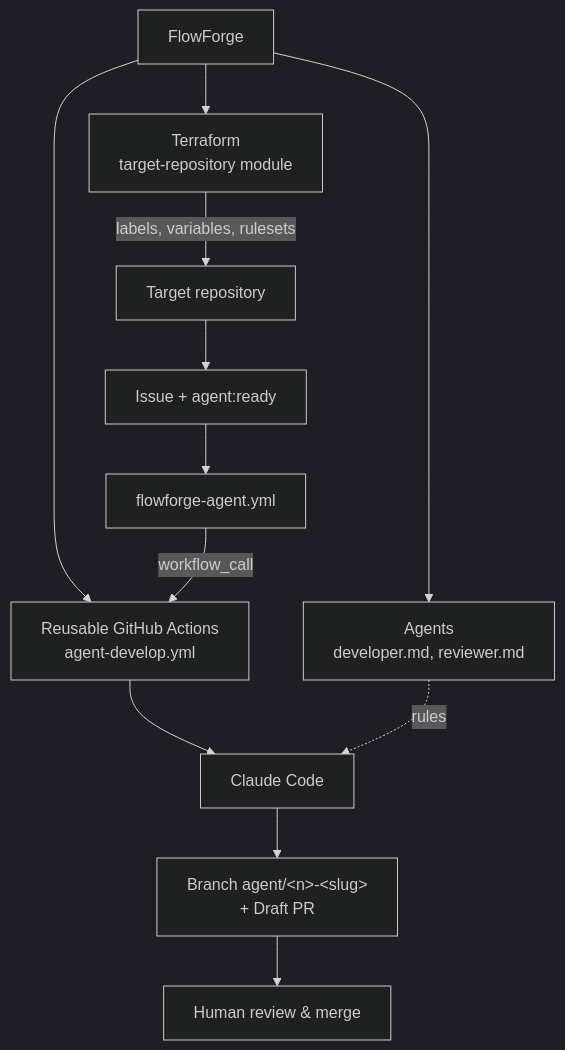
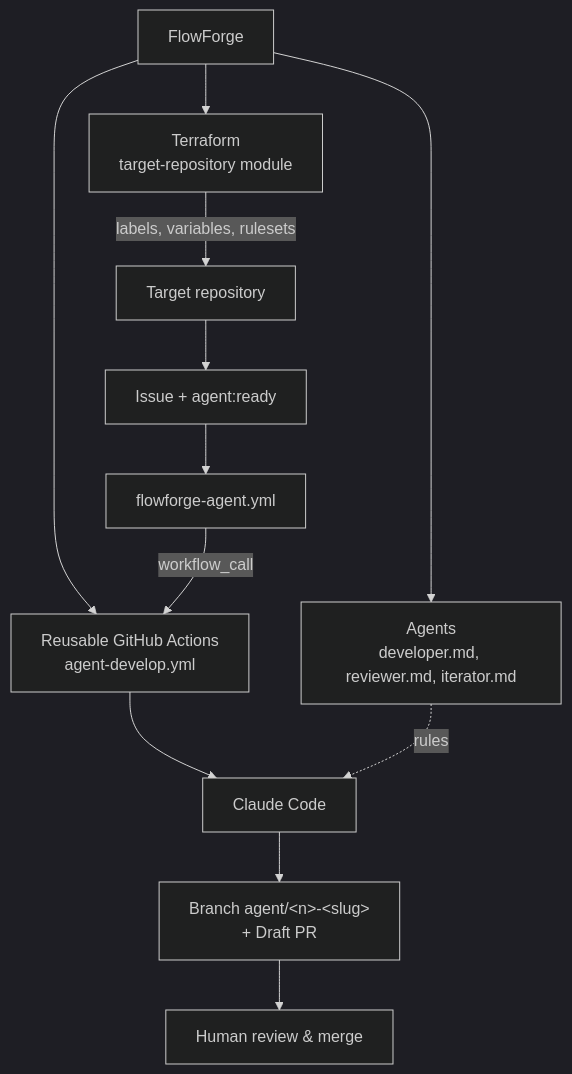
The diagram in README.md (TiPunchLabs/flowforge), drawn with Mermaid (dark theme) before and after one commit. The commit also changed other lines of this file and 4 other files, not shown here.

First line of the commit message:
feat: define FlowForge iterator agent

````diff
--- a/README.md
+++ b/README.md
@@ -34,15 +34,15 @@
 ```mermaid
 flowchart TD
     FF[FlowForge] --> TF[Terraform<br/>target-repository module]
     FF --> WF[Reusable GitHub Actions<br/>agent-develop.yml]
-    FF --> AG[Agents<br/>developer.md, reviewer.md]
+    FF --> AG[Agents<br/>developer.md, reviewer.md, iterator.md]
 
     TF -- labels, variables, rulesets --> T[Target repository]
     T --> I[Issue + agent:ready]
     I --> C[flowforge-agent.yml]
     C -- workflow_call --> WF
     WF --> CC[Claude Code]
     AG -.rules.-> CC
     CC --> PR[Branch agent/&lt;n&gt;-&lt;slug&gt;<br/>+ Draft PR]
     PR --> H[Human review & merge]
 ```
````
